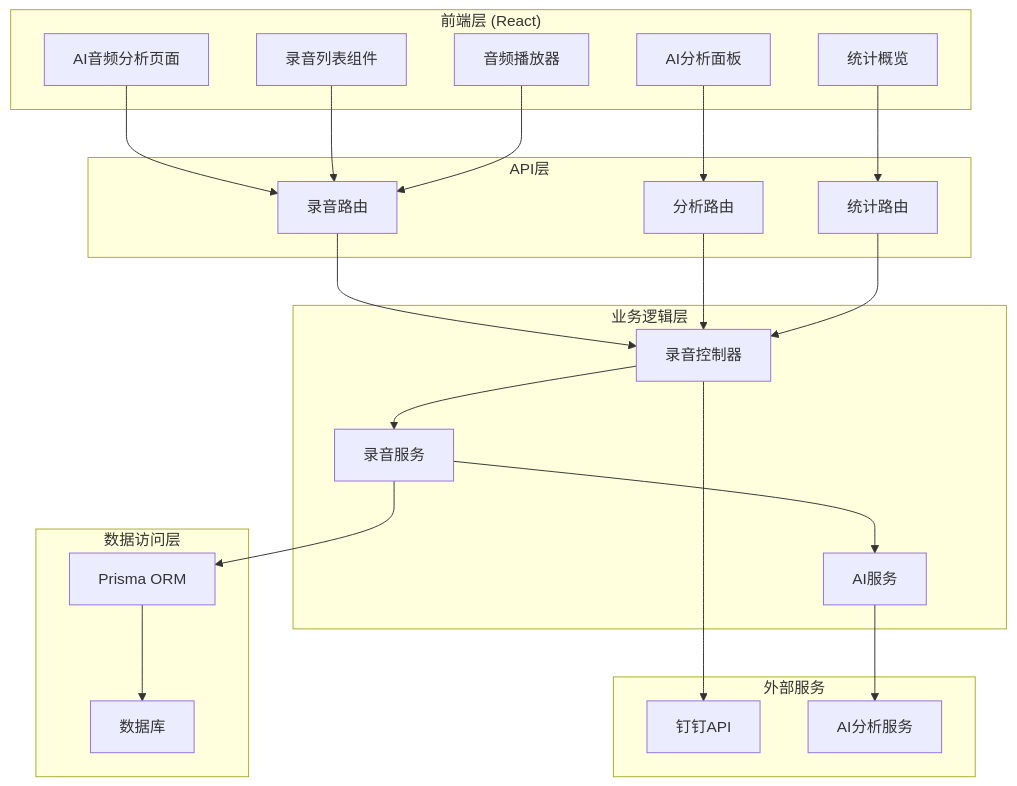
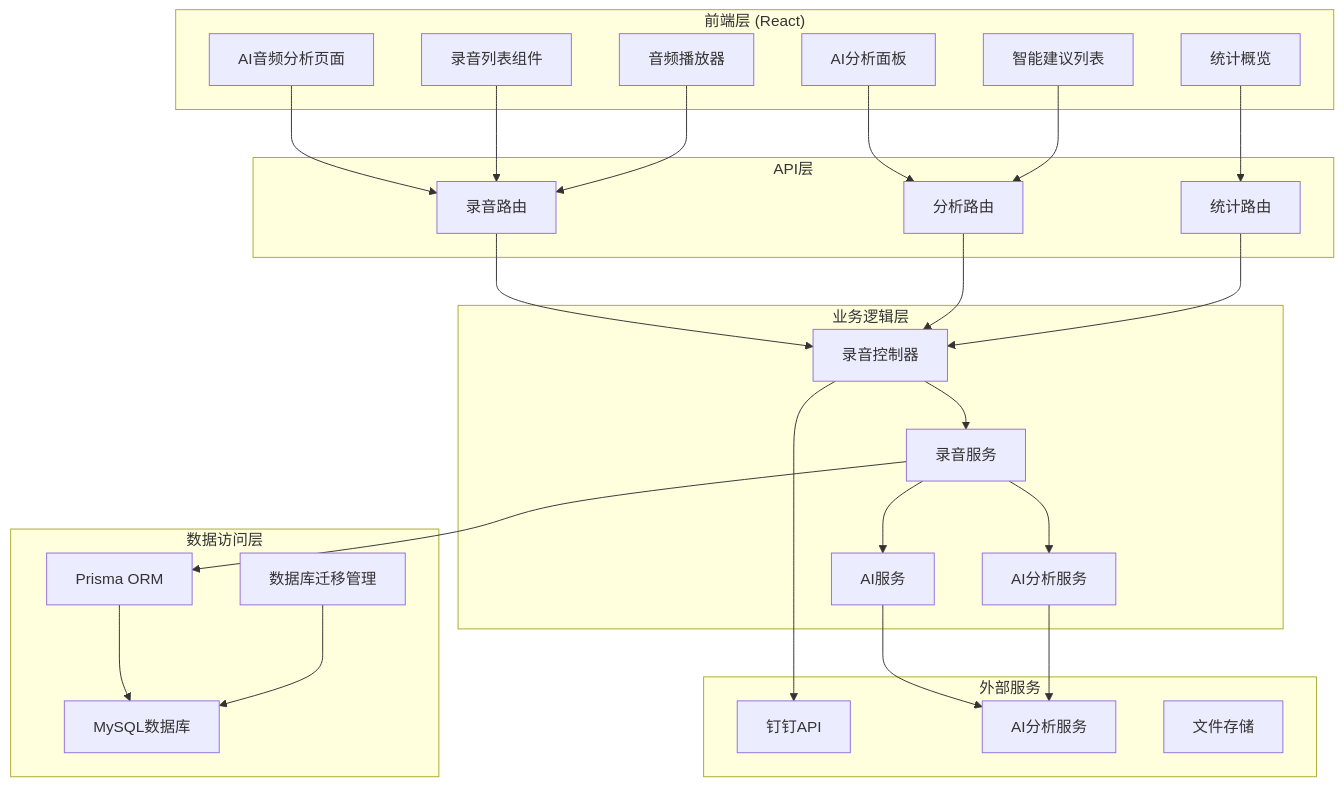
One commit to xianjianshenqu/SalesFlow-CRM changed the first of 8 diagrams in .qoder/repowiki/zh/content/Ai Audio Analysis.md. Above: the diagram before and after it, drawn with Mermaid. The commit also changed other lines of this file and 19 other files, not shown here.

````diff
--- a/.qoder/repowiki/zh/content/Ai Audio Analysis.md
+++ b/.qoder/repowiki/zh/content/Ai Audio Analysis.md
@@ -49,42 +64,50 @@
 ```mermaid
 graph TB
 subgraph "前端层 (React)"
 FE1[AI音频分析页面]
 FE2[录音列表组件]
 FE3[音频播放器]
 FE4[AI分析面板]
 FE5[统计概览]
+FE6[智能建议列表]
 end
 subgraph "API层"
 API1[录音路由]
 API2[分析路由]
 API3[统计路由]
 end
 subgraph "业务逻辑层"
 BL1[录音控制器]
 BL2[录音服务]
 BL3[AI服务]
+BL4[AI分析服务]
 end
 subgraph "数据访问层"
 DA1[Prisma ORM]
-DA2[数据库]
+DA2[MySQL数据库]
+DA3[数据库迁移管理]
 end
 subgraph "外部服务"
 ES1[钉钉API]
 ES2[AI分析服务]
+ES3[文件存储]
 end
 FE1 --> API1
 FE2 --> API1
 FE3 --> API1
 FE4 --> API2
 FE5 --> API3
+FE6 --> API2
 API1 --> BL1
 API2 --> BL1
 API3 --> BL1
 BL1 --> BL2
 BL2 --> BL3
+BL2 --> BL4
 BL2 --> DA1
 DA1 --> DA2
+DA3 --> DA2
 BL3 --> ES2
+BL4 --> ES2
 BL1 --> ES1
 ```
````
